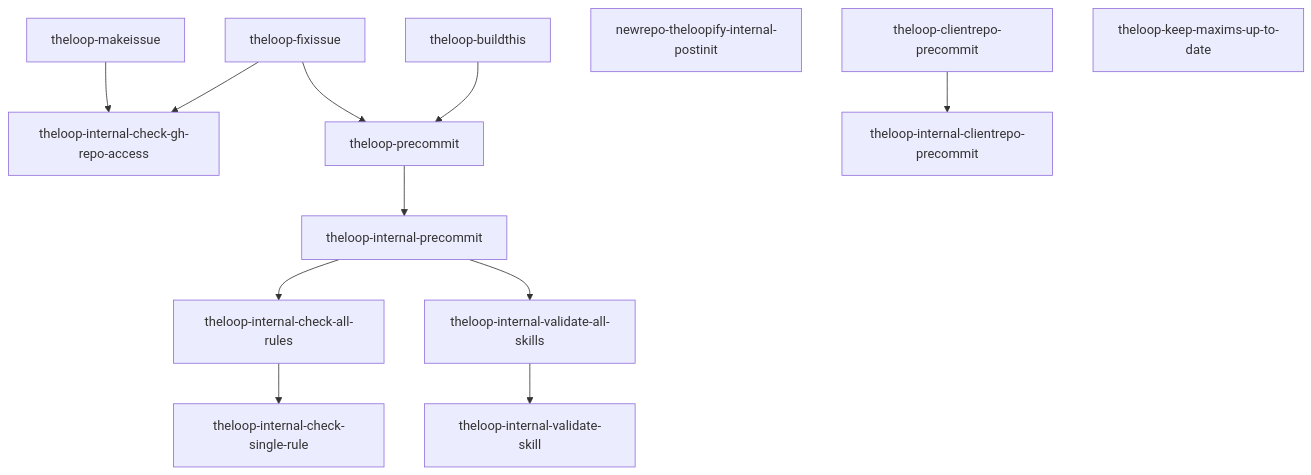
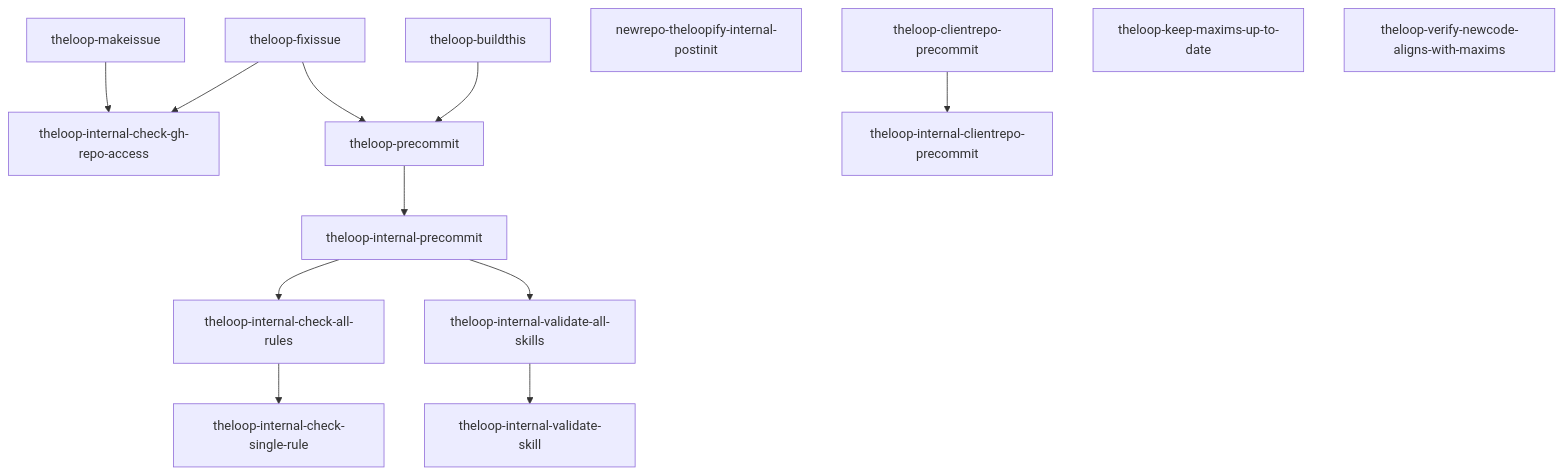
One commit to dkorolev/theloop changed the diagram in .theloop/VIZ.md. Above: the diagram before and after it, drawn with Mermaid. The commit also changed other lines of this file and 9 other files, not shown here.

````diff
--- a/.theloop/VIZ.md
+++ b/.theloop/VIZ.md
@@ -43,16 +44,17 @@
 ```mermaid
 graph TD
     theloop-internal-check-gh-repo-access["theloop-internal-check-gh-repo-access"]
     theloop-makeissue["theloop-makeissue"] --> theloop-internal-check-gh-repo-access
     theloop-fixissue["theloop-fixissue"] --> theloop-internal-check-gh-repo-access
     theloop-fixissue --> theloop-precommit["theloop-precommit"]
     theloop-buildthis["theloop-buildthis"] --> theloop-precommit["theloop-precommit"]
     theloop-precommit --> theloop-internal-precommit["theloop-internal-precommit"]
     theloop-internal-precommit --> theloop-internal-check-all-rules["theloop-internal-check-all-rules"]
     theloop-internal-precommit --> theloop-internal-validate-all-skills["theloop-internal-validate-all-skills"]
     theloop-internal-check-all-rules --> theloop-internal-check-single-rule["theloop-internal-check-single-rule"]
     theloop-internal-validate-all-skills --> theloop-internal-validate-skill["theloop-internal-validate-skill"]
     newrepo-theloopify-internal-postinit["newrepo-theloopify-internal-postinit"]
     theloop-clientrepo-precommit["theloop-clientrepo-precommit"] --> theloop-internal-clientrepo-precommit["theloop-internal-clientrepo-precommit"]
     theloop-keep-maxims-up-to-date["theloop-keep-maxims-up-to-date"]
+    theloop-verify-newcode-aligns-with-maxims["theloop-verify-newcode-aligns-with-maxims"]
 ```
````
